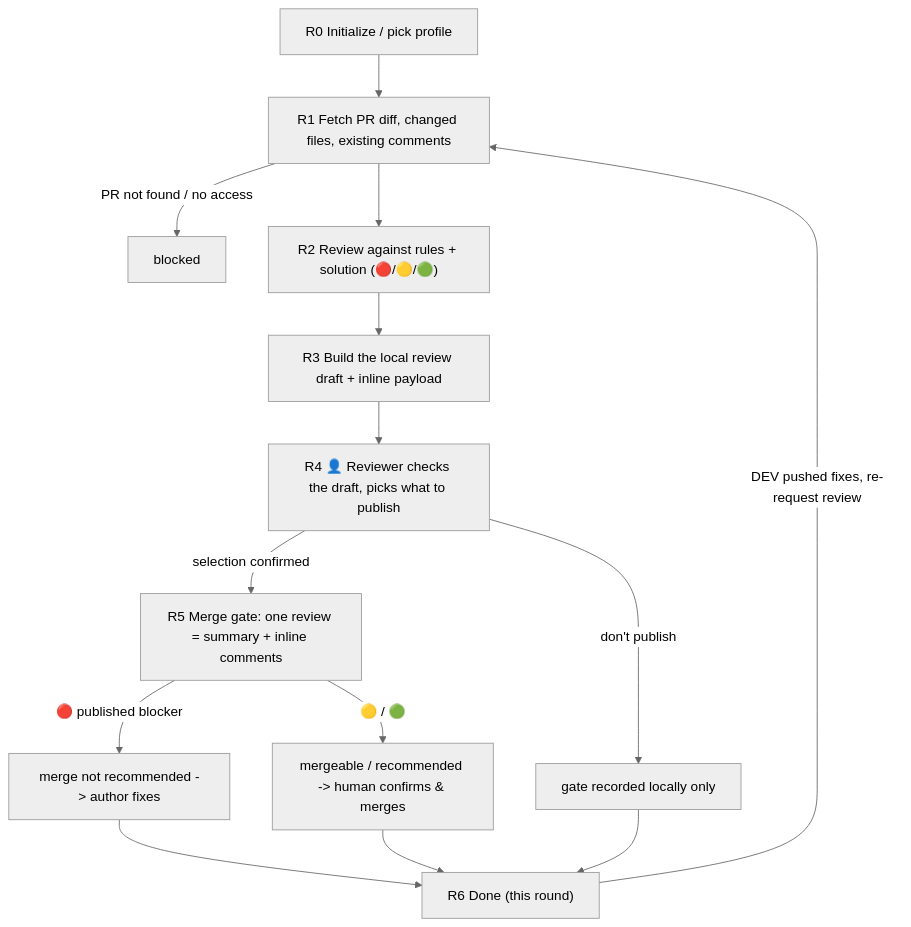
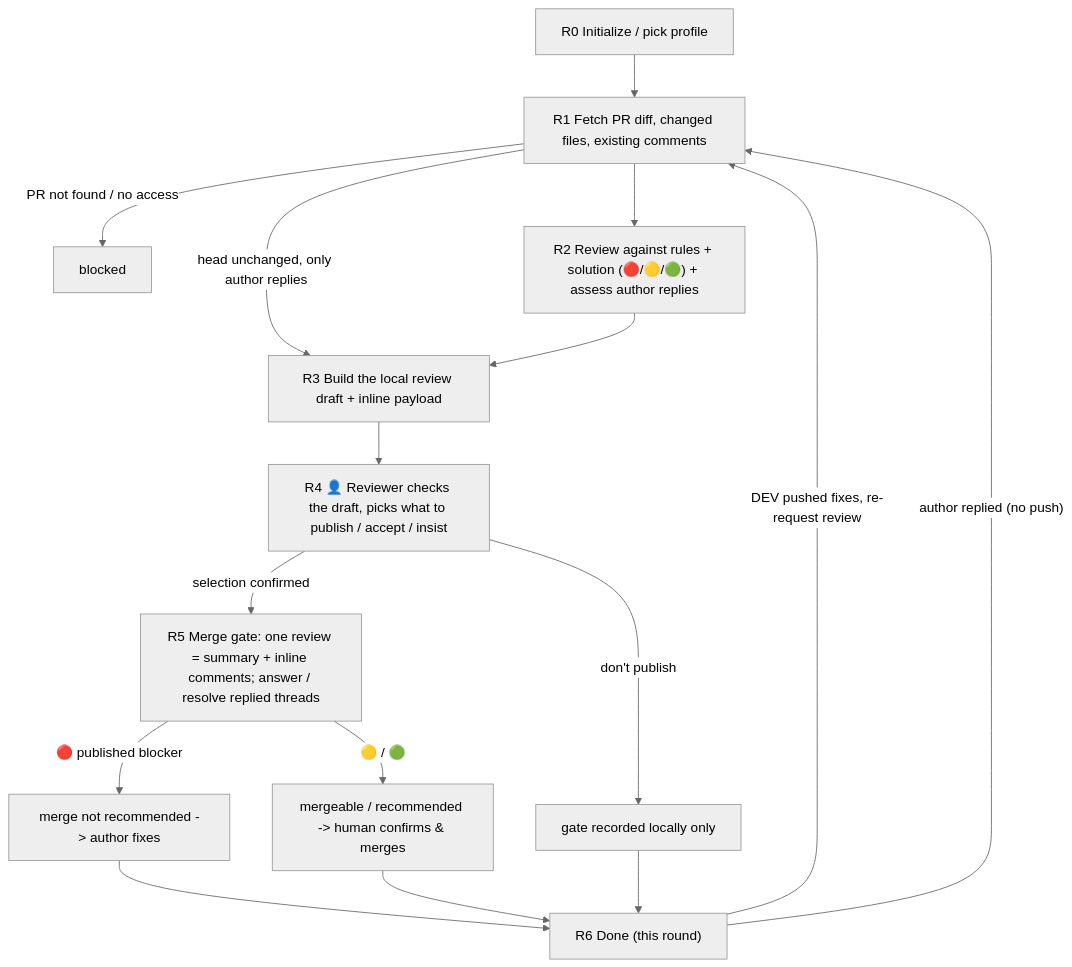
The diagram in .cursor/agents/code-review-agent.md (mjz-kevin/marriott), drawn with Mermaid (neutral theme) before and after one commit. The commit also changed other lines of this file and 14 other files, not shown here.

````diff
--- a/.cursor/agents/code-review-agent.md
+++ b/.cursor/agents/code-review-agent.md
@@ -213,16 +229,18 @@
 ```mermaid
 flowchart TD
     R0["R0 Initialize / pick profile"] --> R1["R1 Fetch PR diff, changed files, existing comments"]
     R1 -->|"PR not found / no access"| B["blocked"]
-    R1 --> R2["R2 Review against rules + solution (🔴/🟡/🟢)"]
+    R1 --> R2["R2 Review against rules + solution (🔴/🟡/🟢) + assess author replies"]
+    R1 -->|"head unchanged, only author replies"| R3
     R2 --> R3["R3 Build the local review draft + inline payload"]
-    R3 --> R4["R4 👤 Reviewer checks the draft, picks what to publish"]
+    R3 --> R4["R4 👤 Reviewer checks the draft, picks what to publish / accept / insist"]
     R4 -->|"don't publish"| L["gate recorded locally only"]
-    R4 -->|"selection confirmed"| R5["R5 Merge gate: one review = summary + inline comments"]
+    R4 -->|"selection confirmed"| R5["R5 Merge gate: one review = summary + inline comments; answer / resolve replied threads"]
     R5 -->|"🔴 published blocker"| REJ["merge not recommended -> author fixes"]
     R5 -->|"🟡 / 🟢"| APP["mergeable / recommended -> human confirms & merges"]
     REJ --> D["R6 Done (this round)"]
     APP --> D
     L --> D
     D -->|"DEV pushed fixes, re-request review"| R1
+    D -->|"author replied (no push)"| R1
 ```
````
